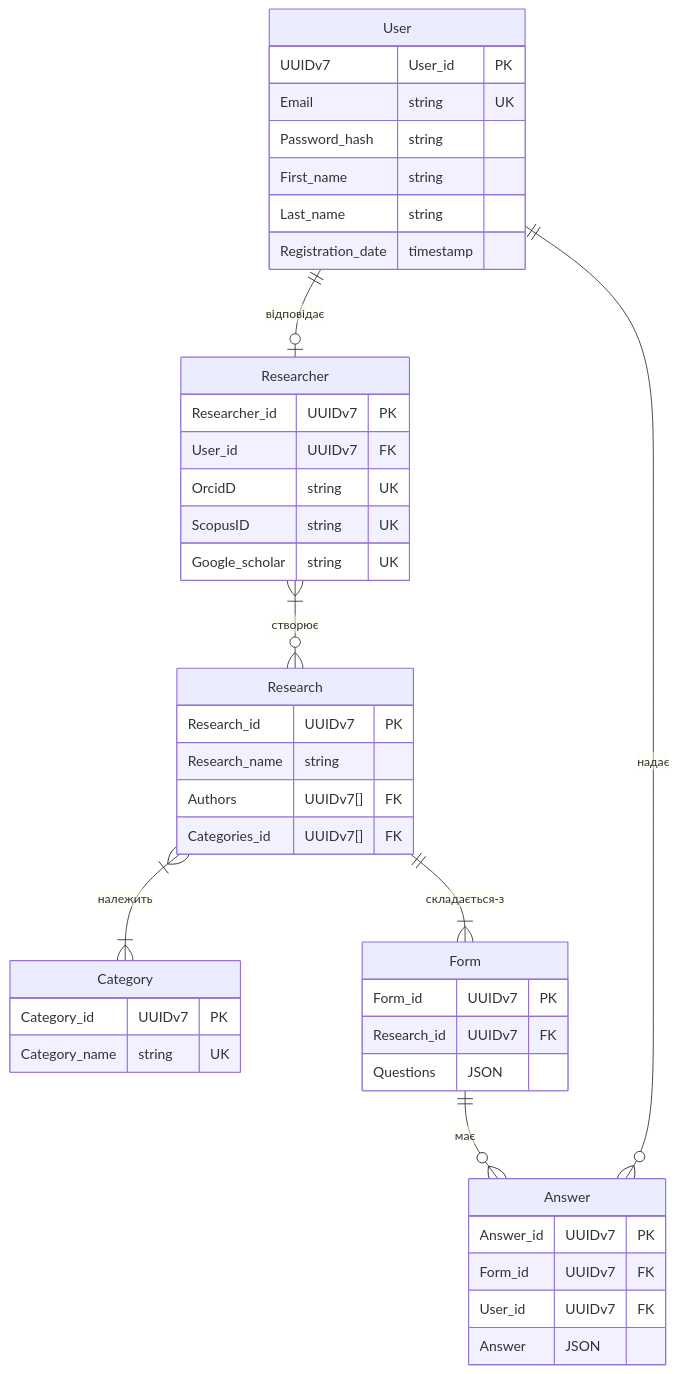
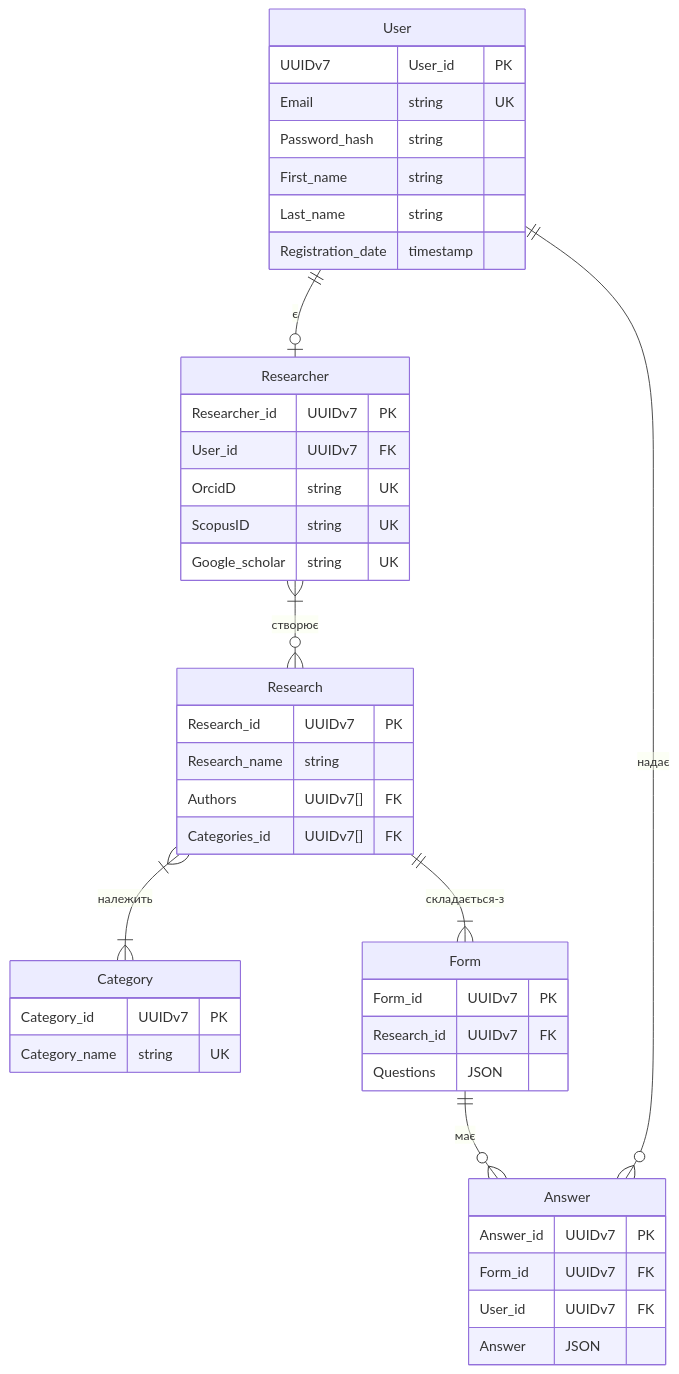
Before and after one commit to LenivyKrabik/KPI2: the diagram in Lab1/diagram/ERdiagram.mmd, drawn with Mermaid. The commit also changed 2 other files, not shown here.

```diff
--- a/Lab1/diagram/ERdiagram.mmd
+++ b/Lab1/diagram/ERdiagram.mmd
@@ -1,44 +1,44 @@
 erDiagram
     User {
         UUIDv7 User_id PK
         Email string UK
         Password_hash string
         First_name string
         Last_name string
         Registration_date timestamp
     }
     Researcher {
         Researcher_id UUIDv7 PK
         User_id UUIDv7 FK
         OrcidD string UK
         ScopusID string UK
         Google_scholar string UK
     }
     Research {
         Research_id UUIDv7 PK
         Research_name string
         Authors UUIDv7[] FK
         Categories_id UUIDv7[] FK
     }
     Category {
         Category_id UUIDv7 PK
         Category_name string UK
     }
     Form {
         Form_id UUIDv7 PK
         Research_id UUIDv7 FK
         Questions JSON
     }
     Answer {
         Answer_id UUIDv7 PK
         Form_id UUIDv7 FK
         User_id UUIDv7 FK
         Answer JSON
     }
 
-    User ||--o| Researcher : відповідає
+    User ||--o| Researcher : є
     Researcher }|--o{ Research : cтворює
     Research }|--|{ Category : належить
     Research ||--|{ Form : складається-з
     Form ||--o{ Answer : має
     User ||--o{ Answer : надає
```
